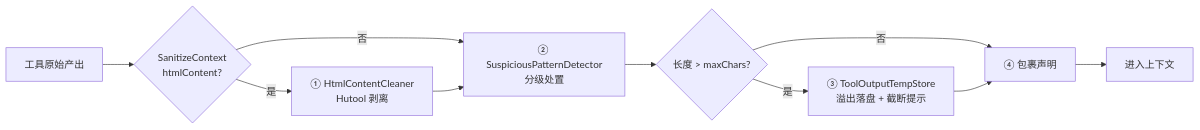
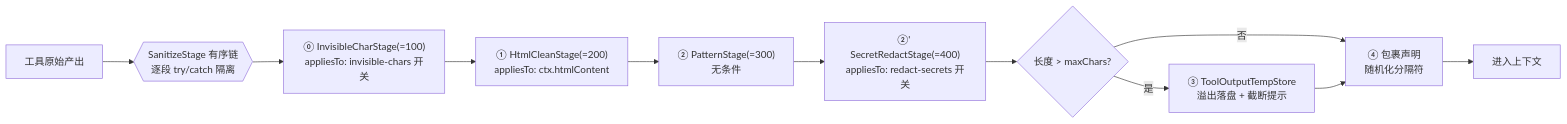
One commit to zxchengQQ/agent_demo changed the second of 3 diagrams in specs/features/20260826_tool-output-sanitization/tool-output-sanitization_技术方案.md. Above: the diagram before and after it, drawn with Mermaid. The commit also changed other lines of this file and 182 other files, not shown here.

````diff
--- a/specs/features/20260826_tool-output-sanitization/tool-output-sanitization_技术方案.md
+++ b/specs/features/20260826_tool-output-sanitization/tool-output-sanitization_技术方案.md
@@ -177,12 +183,13 @@
 ```mermaid
 graph LR
-    RAW[工具原始产出] --> L1{SanitizeContext<br/>htmlContent?}
-    L1 -->|是| HC[① HtmlContentCleaner<br/>Hutool 剥离]
-    L1 -->|否| PD[② SuspiciousPatternDetector<br/>分级处置]
-    HC --> PD
-    PD --> L2{长度 > maxChars?}
+    RAW[工具原始产出] --> CH{{SanitizeStage 有序链<br/>逐段 try/catch 隔离}}
+    CH --> IV["⓪ InvisibleCharStage(=100)<br/>appliesTo: invisible-chars 开关"]
+    IV --> HC["① HtmlCleanStage(=200)<br/>appliesTo: ctx.htmlContent"]
+    HC --> PD["② PatternStage(=300)<br/>无条件"]
+    PD --> SR["②' SecretRedactStage(=400)<br/>appliesTo: redact-secrets 开关"]
+    SR --> L2{长度 > maxChars?}
     L2 -->|是| TS[③ ToolOutputTempStore<br/>溢出落盘 + 截断提示]
-    L2 -->|否| WR[④ 包裹声明]
+    L2 -->|否| WR[④ 包裹声明<br/>随机化分隔符]
     TS --> WR
     WR --> OUT[进入上下文]
 ```
````
